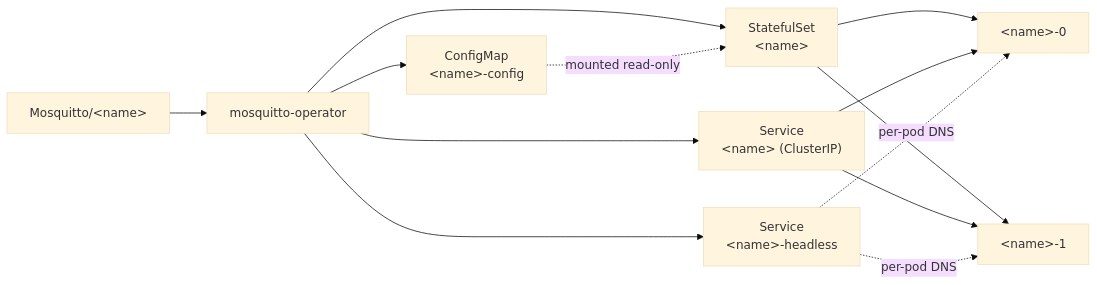
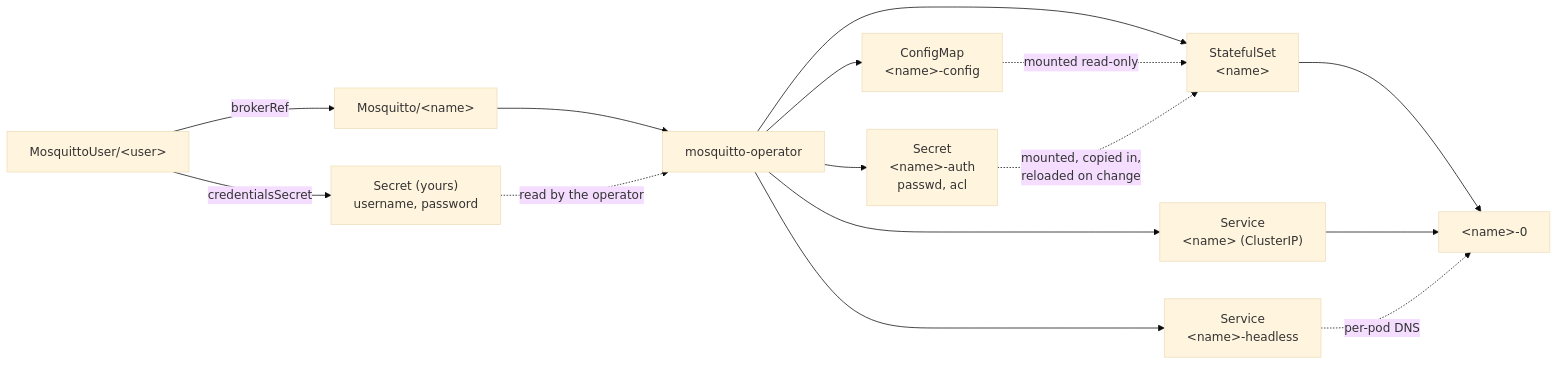
The diagram in README.md (guided-traffic/mosquitto-operator), drawn with Mermaid (base theme) before and after one commit. The commit also changed other lines of this file and 25 other files, not shown here.

First line of the commit message:
docs: describe users, the Secret grant and the credentials path

````diff
--- a/README.md
+++ b/README.md
@@ -19,15 +25,17 @@
 ```mermaid
 flowchart LR
   CR["Mosquitto/&lt;name&gt;"] --> OP[mosquitto-operator]
+  U["MosquittoUser/&lt;user&gt;"] -- "brokerRef" --> CR
+  U -- "credentialsSecret" --> US["Secret (yours)<br/>username, password"]
+  US -. "read by the operator" .-> OP
+  OP --> AS["Secret<br/>&lt;name&gt;-auth<br/>passwd, acl"]
   OP --> CM["ConfigMap<br/>&lt;name&gt;-config"]
   OP --> STS["StatefulSet<br/>&lt;name&gt;"]
   OP --> HS["Service<br/>&lt;name&gt;-headless"]
   OP --> CS["Service<br/>&lt;name&gt; (ClusterIP)"]
   CM -. "mounted read-only" .-> STS
+  AS -. "mounted, copied in,<br/>reloaded on change" .-> STS
   STS --> P0["&lt;name&gt;-0"]
-  STS --> P1["&lt;name&gt;-1"]
   CS --> P0
-  CS --> P1
   HS -. "per-pod DNS" .-> P0
-  HS -. "per-pod DNS" .-> P1
 ```
````
